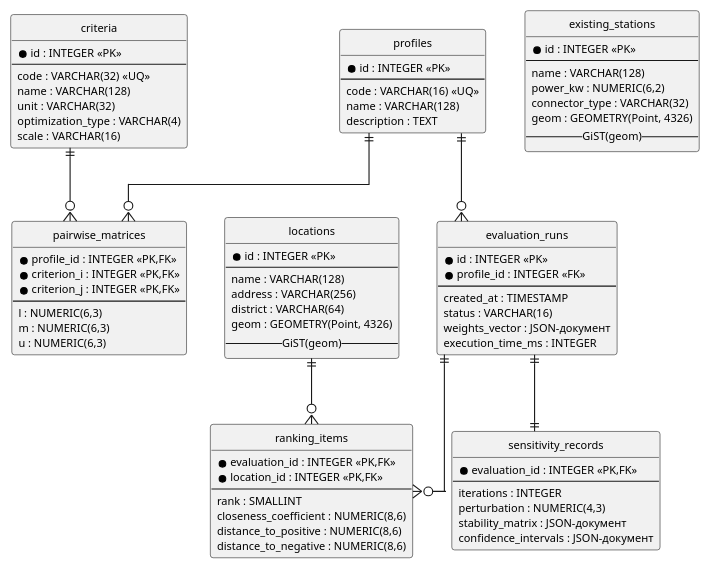
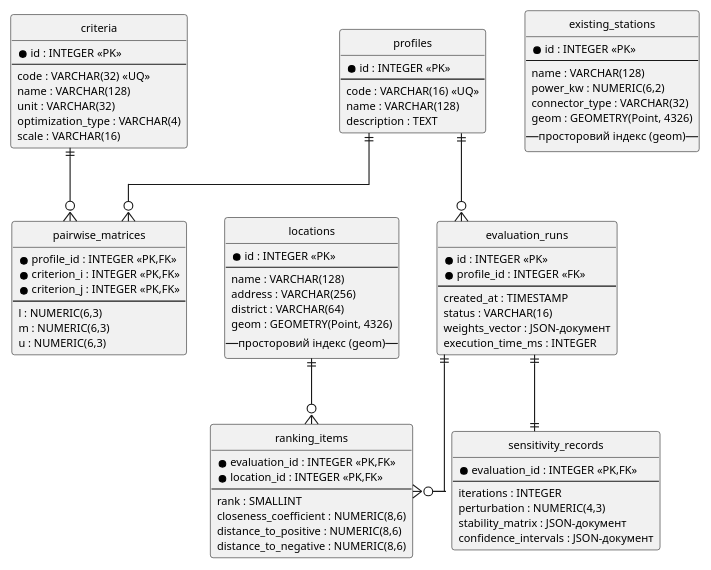
The diagram in docs/chapter2/images/sources/fig_2_7_logical_schema.puml (volodymyr-semenchenk0/ev-infrastructure-platform), drawn with PlantUML before and after one commit. The commit also changed 48 other files, not shown here.

First line of the commit message:
docs(chapter2): restructure chapter 2 sections and plantuml diagrams; update backend tests

```diff
--- a/docs/chapter2/images/sources/fig_2_7_logical_schema.puml
+++ b/docs/chapter2/images/sources/fig_2_7_logical_schema.puml
@@ -1,97 +1,97 @@
 @startuml
 ' Рис. 2.7. Логічна схема бази даних
 skinparam shadowing false
 skinparam defaultFontName "Times New Roman"
 skinparam defaultFontSize 10
 hide circle
 skinparam linetype ortho
 skinparam entity {
     BackgroundColor #f5f5f5
     BorderColor #333333
 }
 
 entity "profiles" {
     * id : INTEGER <<PK>>
     --
     code : VARCHAR(16) <<UQ>>
     name : VARCHAR(128)
     description : TEXT
 }
 
 entity "criteria" {
     * id : INTEGER <<PK>>
     --
     code : VARCHAR(32) <<UQ>>
     name : VARCHAR(128)
     unit : VARCHAR(32)
     optimization_type : VARCHAR(4)
     scale : VARCHAR(16)
 }
 
 entity "pairwise_matrices" {
     * profile_id : INTEGER <<PK,FK>>
     * criterion_i : INTEGER <<PK,FK>>
     * criterion_j : INTEGER <<PK,FK>>
     --
     l : NUMERIC(6,3)
     m : NUMERIC(6,3)
     u : NUMERIC(6,3)
 }
 
 entity "locations" {
     * id : INTEGER <<PK>>
     --
     name : VARCHAR(128)
     address : VARCHAR(256)
     district : VARCHAR(64)
     geom : GEOMETRY(Point, 4326)
-    -- GiST(geom) --
+    -- просторовий індекс (geom) --
 }
 
 entity "existing_stations" {
     * id : INTEGER <<PK>>
     --
     name : VARCHAR(128)
     power_kw : NUMERIC(6,2)
     connector_type : VARCHAR(32)
     geom : GEOMETRY(Point, 4326)
-    -- GiST(geom) --
+    -- просторовий індекс (geom) --
 }
 
 entity "evaluation_runs" {
     * id : INTEGER <<PK>>
     * profile_id : INTEGER <<FK>>
     --
     created_at : TIMESTAMP
     status : VARCHAR(16)
     weights_vector : JSON-документ
     execution_time_ms : INTEGER
 }
 
 entity "ranking_items" {
     * evaluation_id : INTEGER <<PK,FK>>
     * location_id : INTEGER <<PK,FK>>
     --
     rank : SMALLINT
     closeness_coefficient : NUMERIC(8,6)
     distance_to_positive : NUMERIC(8,6)
     distance_to_negative : NUMERIC(8,6)
 }
 
 entity "sensitivity_records" {
     * evaluation_id : INTEGER <<PK,FK>>
     --
     iterations : INTEGER
     perturbation : NUMERIC(4,3)
     stability_matrix : JSON-документ
     confidence_intervals : JSON-документ
 }
 
 profiles ||--o{ pairwise_matrices
 criteria ||--o{ pairwise_matrices
 profiles ||--o{ evaluation_runs
 evaluation_runs ||--o{ ranking_items
 evaluation_runs ||--|| sensitivity_records
 locations ||--o{ ranking_items
 
 @enduml
```
